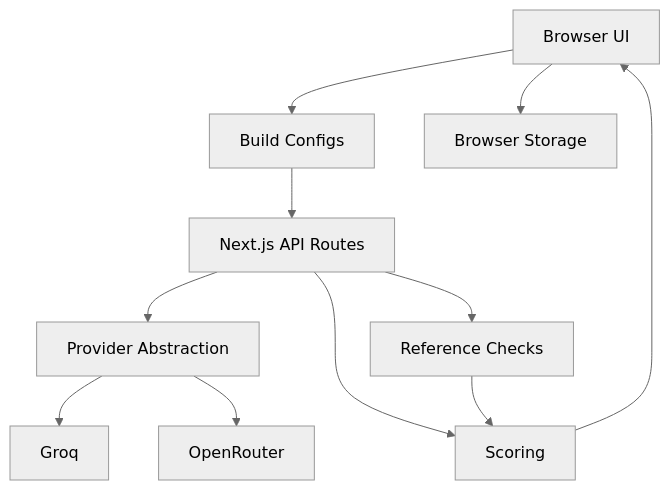
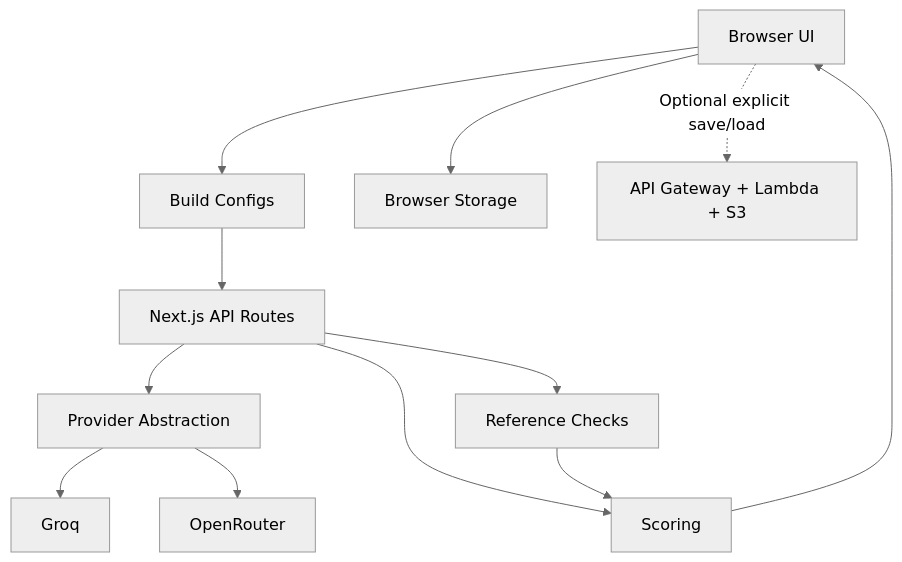
The diagram in README.md (omaewamoushindei/llm-workflow-benchmark-lab), drawn with Mermaid (neutral theme) before and after one commit. The commit also changed other lines of this file and 14 other files, not shown here.

Commit message:
Add optional AWS benchmark persistence

````diff
--- a/README.md
+++ b/README.md
@@ -35,13 +36,14 @@
 ```mermaid
 flowchart TD
   U[Browser UI] --> C[Build Configs]
   C --> A[Next.js API Routes]
   A --> P[Provider Abstraction]
   P --> G[Groq]
   P --> O[OpenRouter]
   A --> R[Reference Checks]
   A --> S[Scoring]
   R --> S
   S --> U
   U --> B[Browser Storage]
+  U -. Optional explicit save/load .-> AWS[API Gateway + Lambda + S3]
 ```
````
